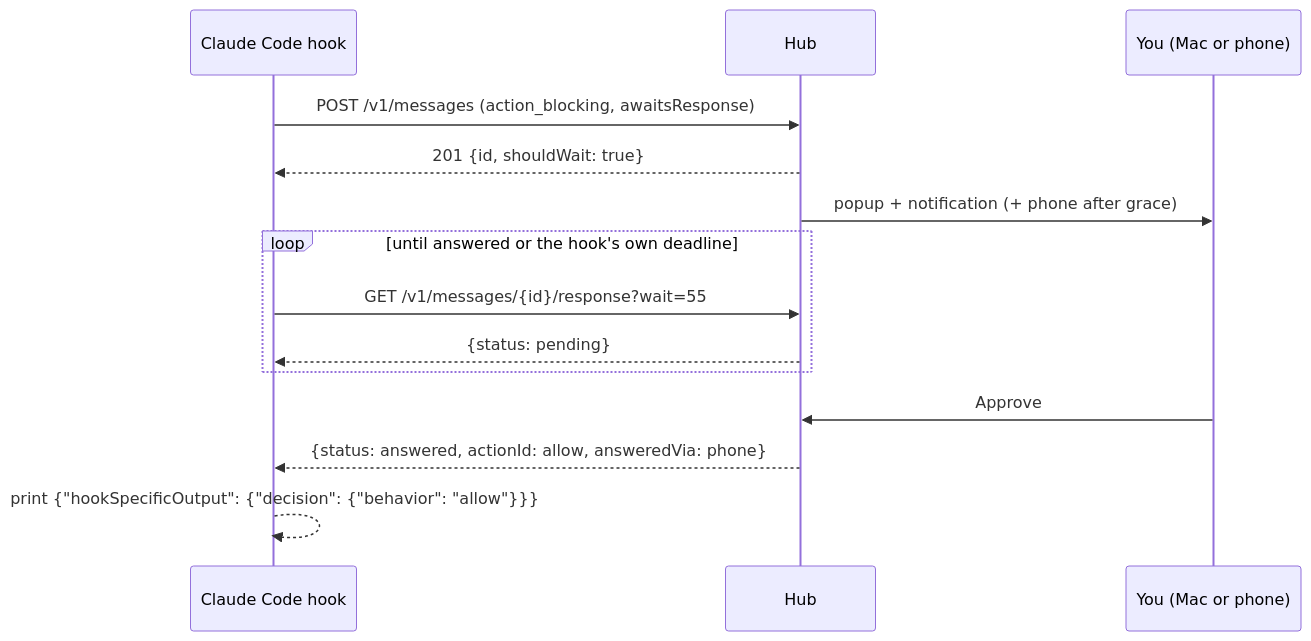
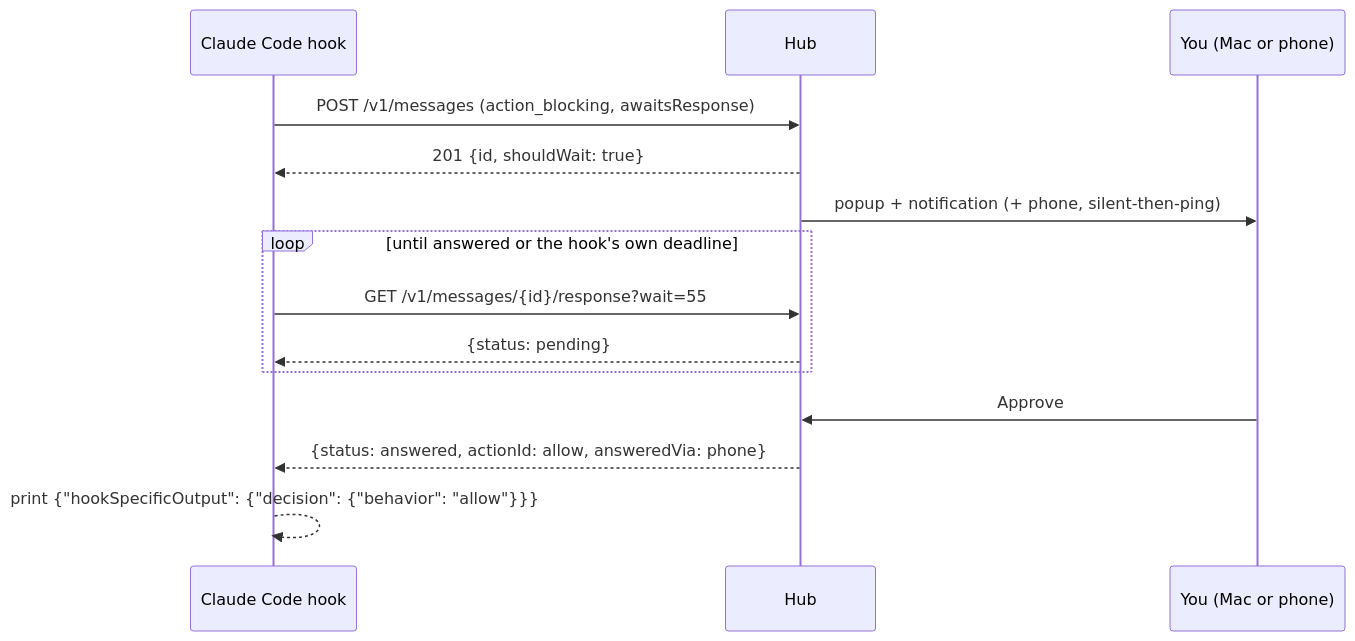
The third of 3 diagrams in docs/architecture.md (Eiluviann/gentbox), drawn with Mermaid before and after one commit. The commit also changed other lines of this file and 9 other files, not shown here.

````diff
--- a/docs/architecture.md
+++ b/docs/architecture.md
@@ -292,16 +298,16 @@
 ```mermaid
 sequenceDiagram
   participant H as Claude Code hook
   participant N as Hub
   participant U as You (Mac or phone)
   H->>N: POST /v1/messages (action_blocking, awaitsResponse)
   N-->>H: 201 {id, shouldWait: true}
-  N->>U: popup + notification (+ phone after grace)
+  N->>U: popup + notification (+ phone, silent-then-ping)
   loop until answered or the hook's own deadline
     H->>N: GET /v1/messages/{id}/response?wait=55
     N-->>H: {status: pending}
   end
   U->>N: Approve
   N-->>H: {status: answered, actionId: allow, answeredVia: phone}
   H-->>H: print {"hookSpecificOutput": {"decision": {"behavior": "allow"}}}
 ```
````
